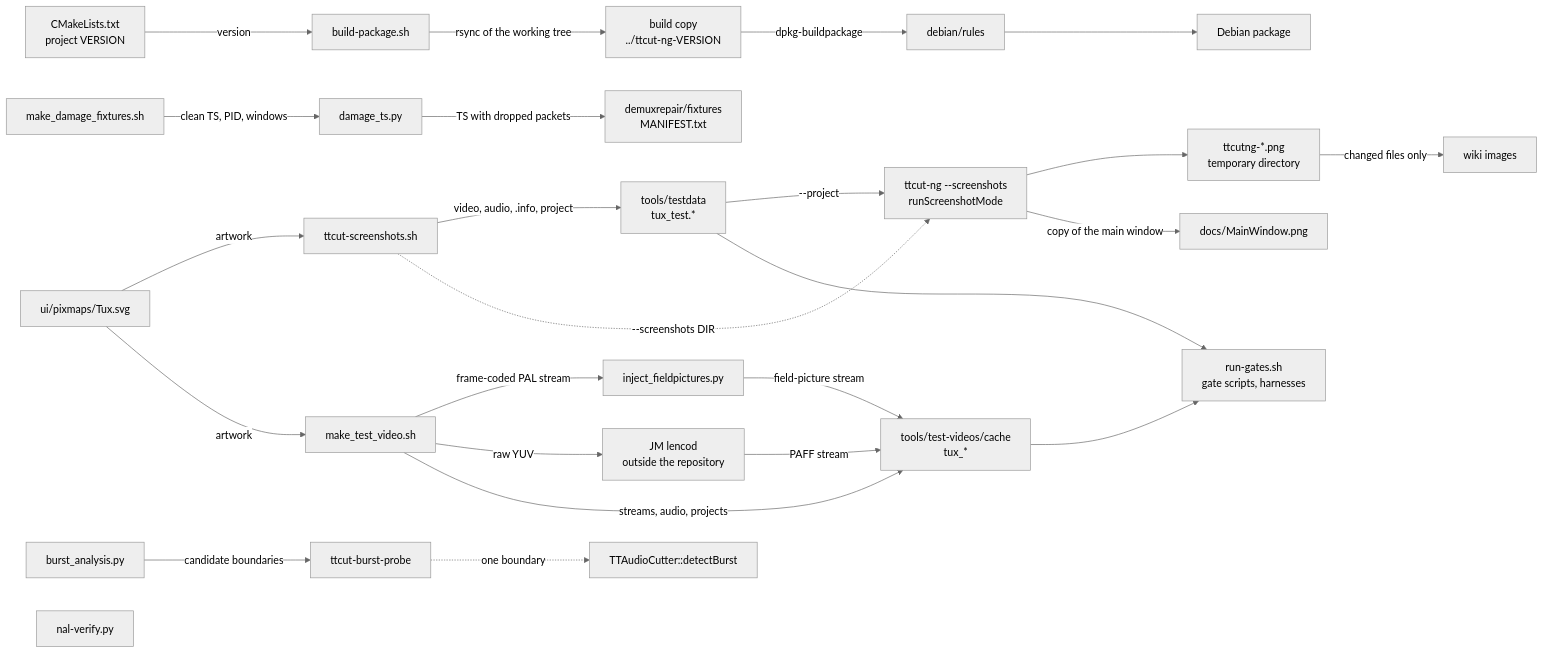
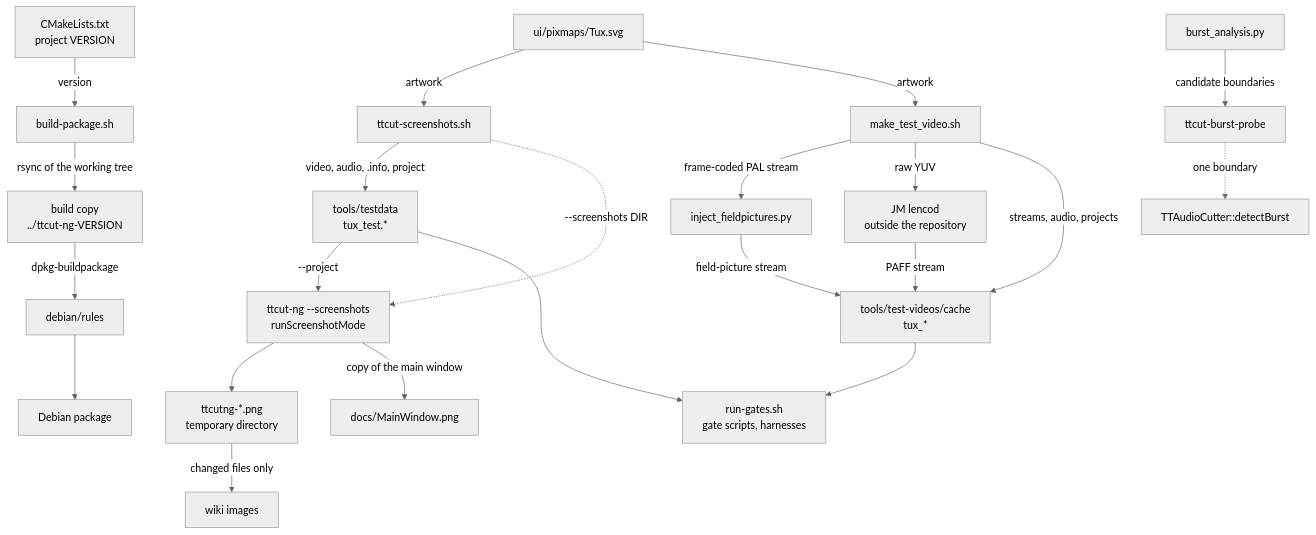
Before and after one commit to MINIXJR/TTCut-ng: the diagram in docs/code-map/dev-tools.md, drawn with Mermaid (neutral theme). The commit also changed other lines of this file and 6 other files, not shown here.

````diff
--- a/docs/code-map/dev-tools.md
+++ b/docs/code-map/dev-tools.md
@@ -51,59 +48,51 @@
 ```mermaid
-flowchart LR
+flowchart TD
     VER["CMakeLists.txt<br/>project VERSION"]
     PKG["build-package.sh"]
     BDIR["build copy<br/>../ttcut-ng-VERSION"]
     RULES["debian/rules"]
     DEB["Debian package"]
 
     SVG["ui/pixmaps/Tux.svg"]
     SHOT["ttcut-screenshots.sh"]
     TDATA["tools/testdata<br/>tux_test.*"]
     APP["ttcut-ng --screenshots<br/>runScreenshotMode"]
     PNG["ttcutng-*.png<br/>temporary directory"]
     WIKI["wiki images"]
     DOCPNG["docs/MainWindow.png"]
 
     MTV["make_test_video.sh"]
     INJ["inject_fieldpictures.py"]
     JM["JM lencod<br/>outside the repository"]
     CACHE["tools/test-videos/cache<br/>tux_*"]
     GATES["run-gates.sh<br/>gate scripts, harnesses"]
 
-    MDF["make_damage_fixtures.sh"]
-    DMG["damage_ts.py"]
-    DFIX["demuxrepair/fixtures<br/>MANIFEST.txt"]
-
     BA["burst_analysis.py"]
     BP["ttcut-burst-probe"]
     DET["TTAudioCutter::detectBurst"]
-    NV["nal-verify.py"]
 
     VER -->|"version"| PKG
     PKG -->|"rsync of the working tree"| BDIR
     BDIR -->|"dpkg-buildpackage"| RULES
     RULES --> DEB
 
     SVG -->|"artwork"| SHOT
     SHOT -->|"video, audio, .info, project"| TDATA
     TDATA -->|"--project"| APP
     SHOT -. "--screenshots DIR" .-> APP
     APP --> PNG
     APP -->|"copy of the main window"| DOCPNG
     PNG -->|"changed files only"| WIKI
     TDATA --> GATES
 
     SVG -->|"artwork"| MTV
     MTV -->|"frame-coded PAL stream"| INJ
     INJ -->|"field-picture stream"| CACHE
     MTV -->|"raw YUV"| JM
     JM -->|"PAFF stream"| CACHE
     MTV -->|"streams, audio, projects"| CACHE
     CACHE --> GATES
 
-    MDF -->|"clean TS, PID, windows"| DMG
-    DMG -->|"TS with dropped packets"| DFIX
-
     BA -->|"candidate boundaries"| BP
     BP -. "one boundary" .-> DET
 ```
````
